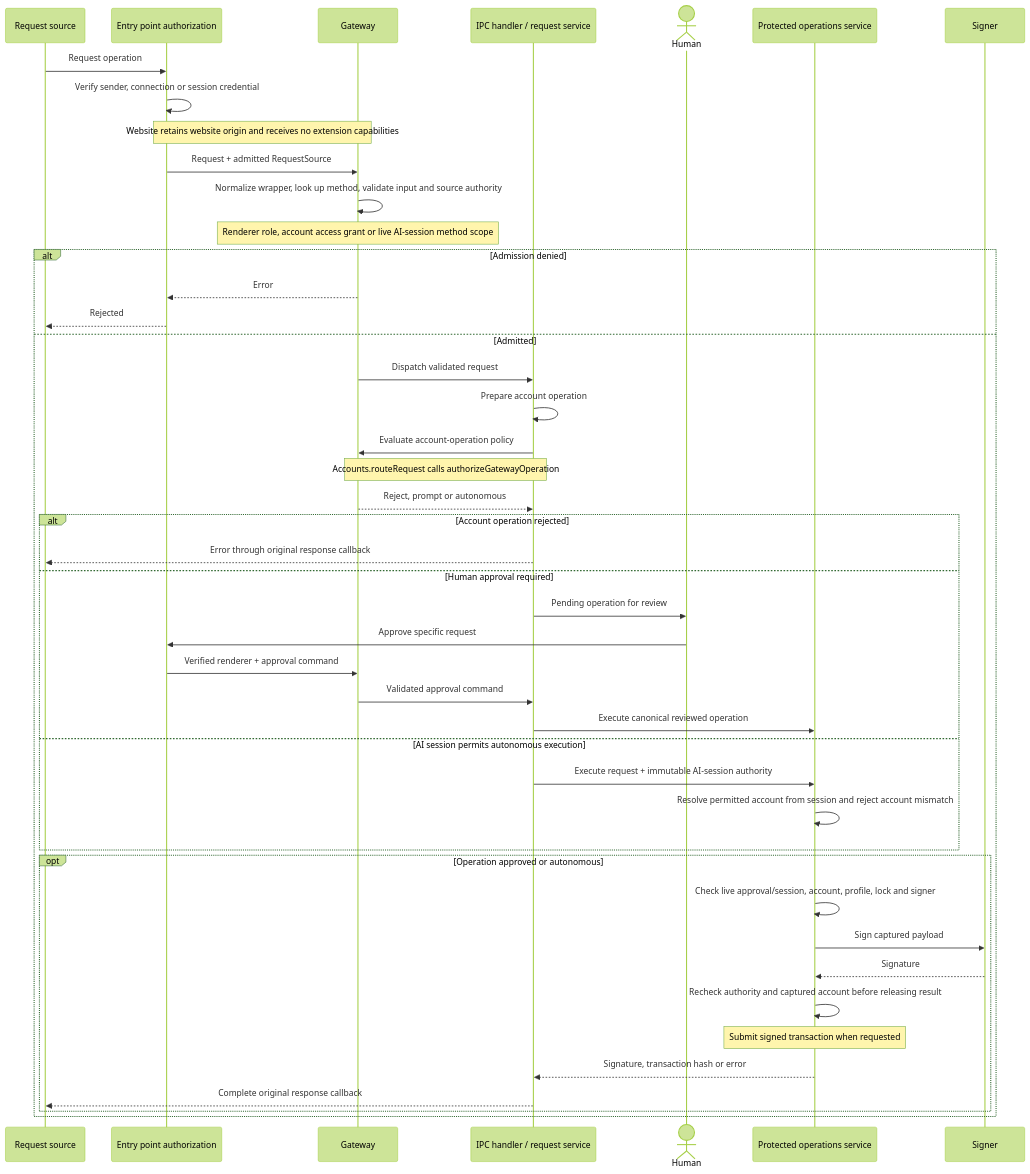
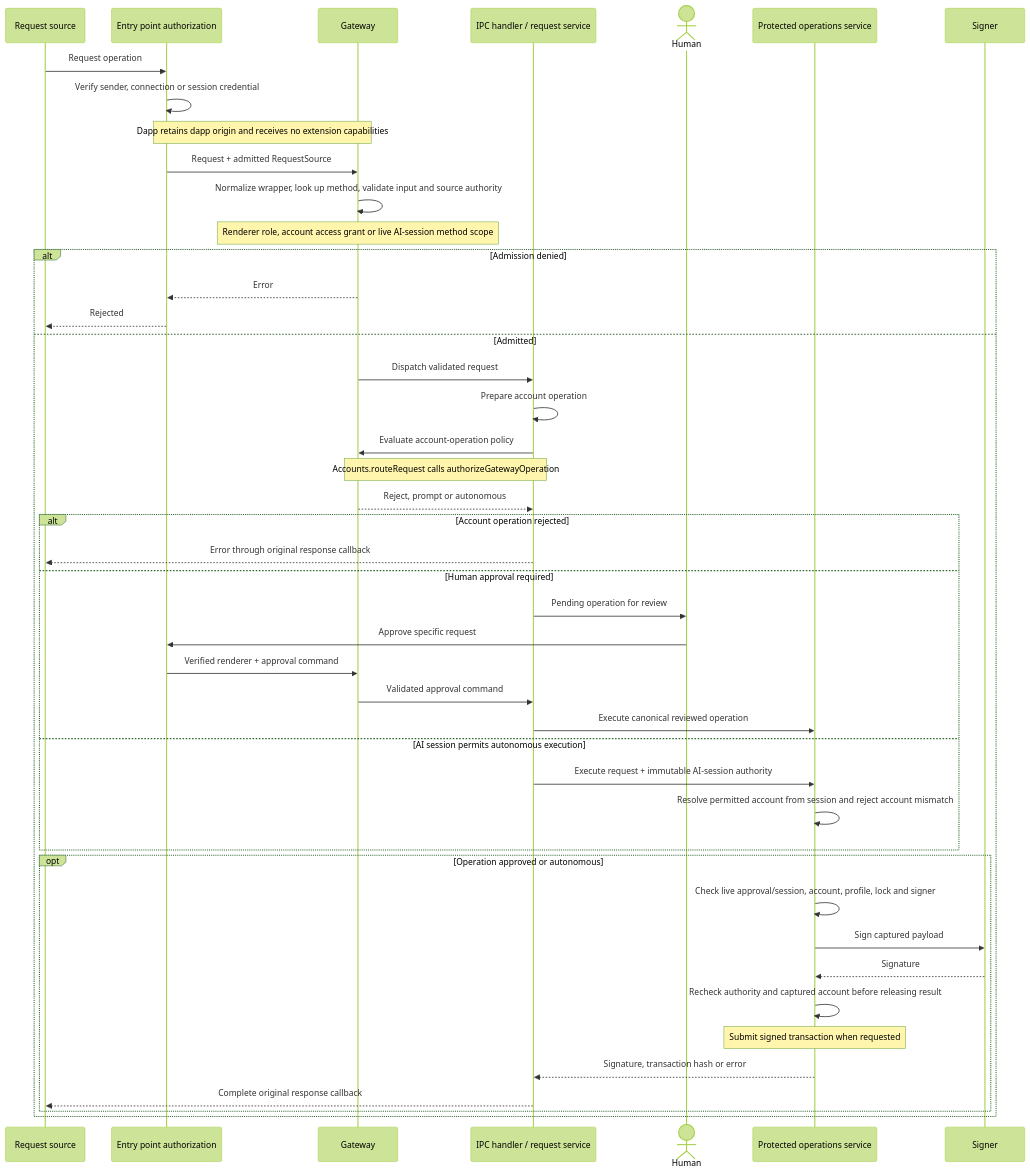
The second of 2 diagrams in docs/request-boundaries.md (WardenJakx/newframe), drawn with Mermaid (forest theme) before and after one commit. The commit also changed other lines of this file and 2 other files, not shown here.

````diff
--- a/docs/request-boundaries.md
+++ b/docs/request-boundaries.md
@@ -52,48 +71,48 @@
 ```mermaid
 sequenceDiagram
   participant C as Request source
   participant E as Entry point authorization
   participant G as Gateway
   participant H as IPC handler / request service
   actor U as Human
   participant P as Protected operations service
   participant S as Signer
 
   C->>E: Request operation
   E->>E: Verify sender, connection or session credential
-  Note over E,G: Website retains website origin and receives no extension capabilities
+  Note over E,G: Dapp retains dapp origin and receives no extension capabilities
   E->>G: Request + admitted RequestSource
   G->>G: Normalize wrapper, look up method, validate input and source authority
   Note over G: Renderer role, account access grant or live AI-session method scope
   alt Admission denied
     G-->>E: Error
     E-->>C: Rejected
   else Admitted
     G->>H: Dispatch validated request
     H->>H: Prepare account operation
     H->>G: Evaluate account-operation policy
     Note over H,G: Accounts.routeRequest calls authorizeGatewayOperation
     G-->>H: Reject, prompt or autonomous
     alt Account operation rejected
       H-->>C: Error through original response callback
     else Human approval required
       H->>U: Pending operation for review
       U->>E: Approve specific request
       E->>G: Verified renderer + approval command
       G->>H: Validated approval command
       H->>P: Execute canonical reviewed operation
     else AI session permits autonomous execution
       H->>P: Execute request + immutable AI-session authority
       P->>P: Resolve permitted account from session and reject account mismatch
     end
     opt Operation approved or autonomous
       P->>P: Check live approval/session, account, profile, lock and signer
       P->>S: Sign captured payload
       S-->>P: Signature
       P->>P: Recheck authority and captured account before releasing result
       Note over P: Submit signed transaction when requested
       P-->>H: Signature, transaction hash or error
       H-->>C: Complete original response callback
     end
   end
 ```
````
